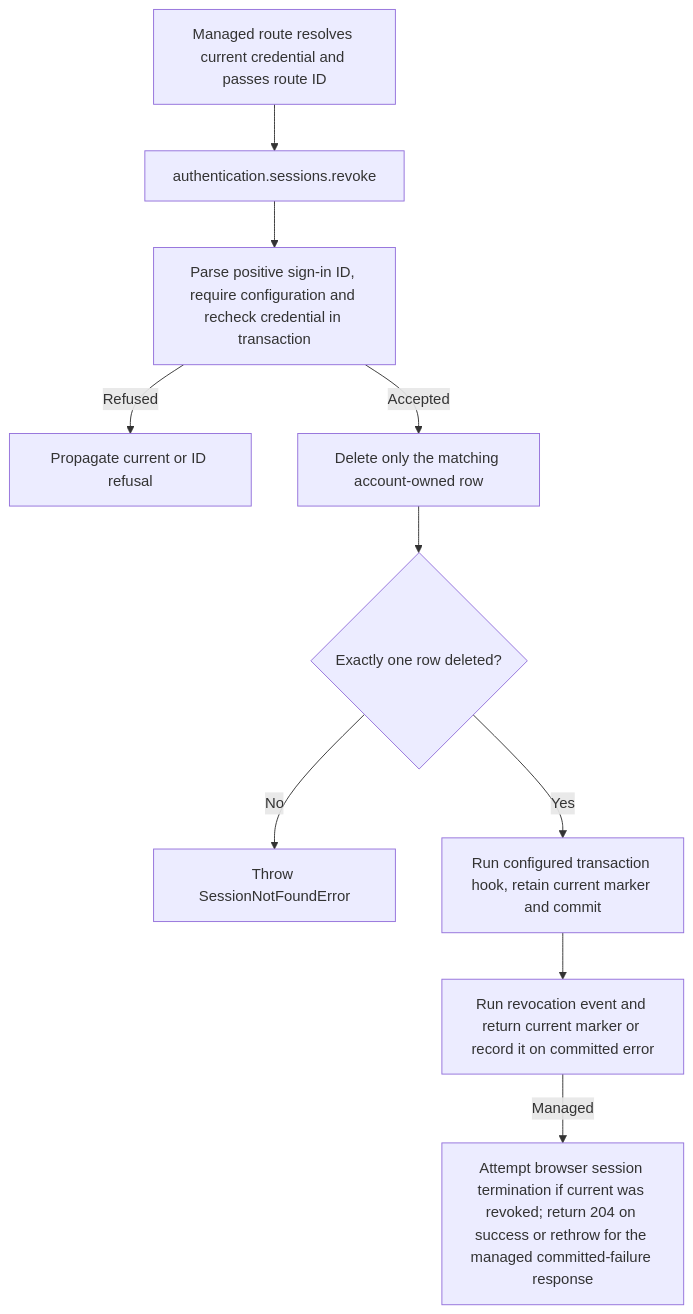
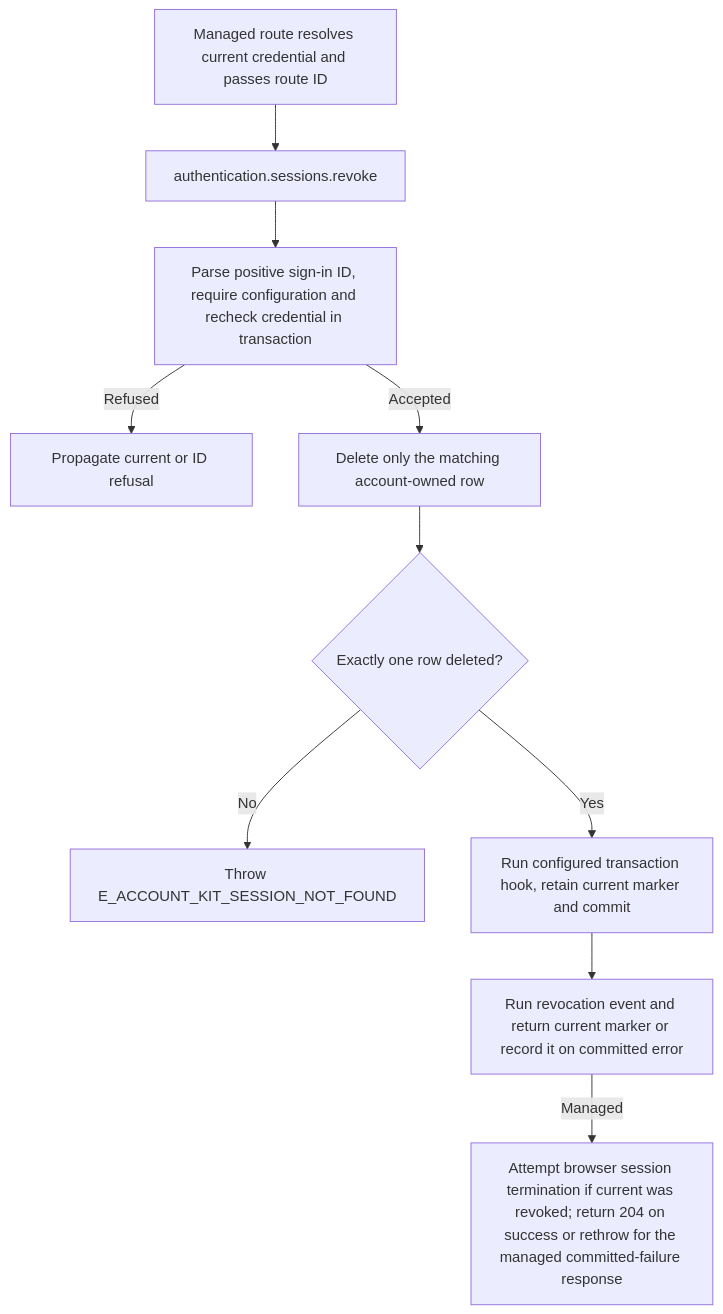
One commit to Kevinjohn/oss-adonisjs-account-kit changed the second of 2 diagrams in user-stories/US-ACCOUNT-15-revoke-device.md. Above: the diagram before and after it, drawn with Mermaid. The commit also changed 362 other files, not shown here.

````diff
--- a/user-stories/US-ACCOUNT-15-revoke-device.md
+++ b/user-stories/US-ACCOUNT-15-revoke-device.md
@@ -32,12 +32,12 @@
 ```mermaid
 flowchart TD
   M["Managed route resolves current credential and passes route ID"] --> A["authentication.sessions.revoke"]
   A --> B["Parse positive sign-in ID, require configuration and recheck credential in transaction"]
   B -->|Refused| X["Propagate current or ID refusal"]
   B -->|Accepted| C["Delete only the matching account-owned row"]
   C --> D{"Exactly one row deleted?"}
-  D -->|No| E["Throw SessionNotFoundError"]
+  D -->|No| E["Throw E_ACCOUNT_KIT_SESSION_NOT_FOUND"]
   D -->|Yes| F["Run configured transaction hook, retain current marker and commit"]
   F --> G["Run revocation event and return current marker or record it on committed error"]
   G -->|Managed| H["Attempt browser session termination if current was revoked; return 204 on success or rethrow for the managed committed-failure response"]
 ```
````
